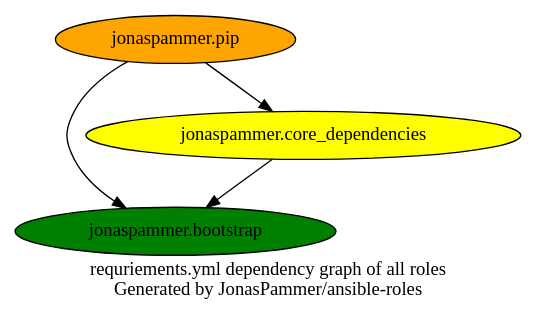
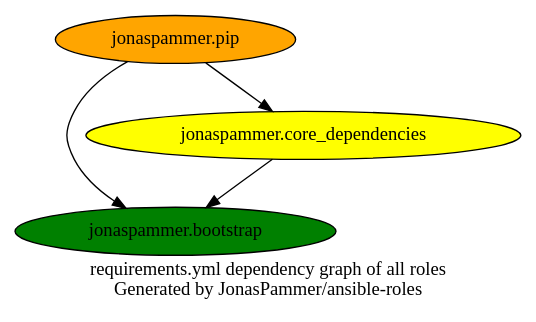
One commit to JonasPammer/ansible-roles changed the diagram in graphs/dependencies_ALL.dot. Above: the diagram before and after it, drawn with Graphviz. The commit also changed 12 other files, not shown here.

```diff
--- a/graphs/dependencies_ALL.dot
+++ b/graphs/dependencies_ALL.dot
@@ -1,13 +1,13 @@
 digraph hierarchy {
-  label = "requriements.yml dependency graph of all roles \n Generated by JonasPammer/ansible-roles" ;
+  label = "requirements.yml dependency graph of all roles \n Generated by JonasPammer/ansible-roles" ;
 
   {
     "jonaspammer.bootstrap" [fillcolor=green style=filled]
     "jonaspammer.core_dependencies" [fillcolor=yellow style=filled]
     "jonaspammer.pip" [fillcolor=orange style=filled]
   }
 
 
   "jonaspammer.core_dependencies" -> {"jonaspammer.bootstrap"}
   "jonaspammer.pip" -> {"jonaspammer.bootstrap" "jonaspammer.core_dependencies"}
 }
```
